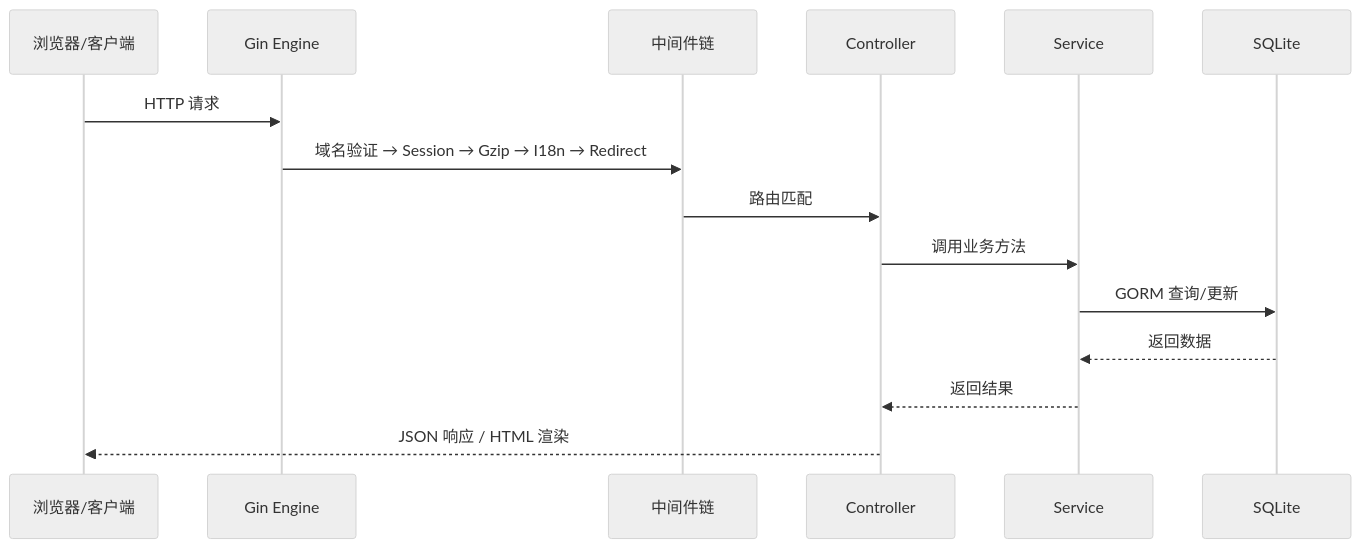
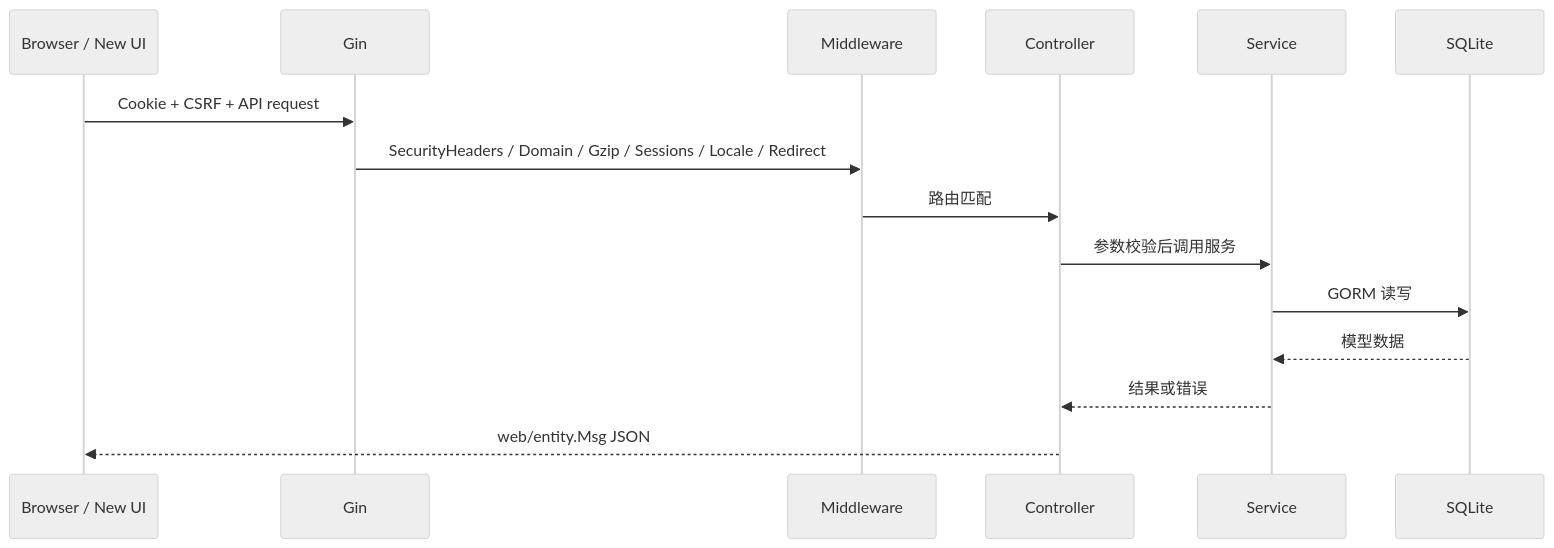
The third of 5 diagrams in docs/architecture.md (superaddmin/SuperXray-gui), drawn with Mermaid (neutral theme) before and after one commit. The commit also changed other lines of this file and 5 other files, not shown here.

````diff
--- a/docs/architecture.md
+++ b/docs/architecture.md
@@ -267,18 +221,18 @@
 ```mermaid
 sequenceDiagram
-    participant Client as 浏览器/客户端
-    participant Gin as Gin Engine
-    participant MW as 中间件链
+    participant Browser as Browser / New UI
+    participant Gin as Gin
+    participant MW as Middleware
     participant Ctrl as Controller
     participant Svc as Service
     participant DB as SQLite
 
-    Client->>Gin: HTTP 请求
-    Gin->>MW: 域名验证 → Session → Gzip → I18n → Redirect
+    Browser->>Gin: Cookie + CSRF + API request
+    Gin->>MW: SecurityHeaders / Domain / Gzip / Sessions / Locale / Redirect
     MW->>Ctrl: 路由匹配
-    Ctrl->>Svc: 调用业务方法
-    Svc->>DB: GORM 查询/更新
-    DB-->>Svc: 返回数据
-    Svc-->>Ctrl: 返回结果
-    Ctrl-->>Client: JSON 响应 / HTML 渲染
+    Ctrl->>Svc: 参数校验后调用服务
+    Svc->>DB: GORM 读写
+    DB-->>Svc: 模型数据
+    Svc-->>Ctrl: 结果或错误
+    Ctrl-->>Browser: web/entity.Msg JSON
 ```
````
